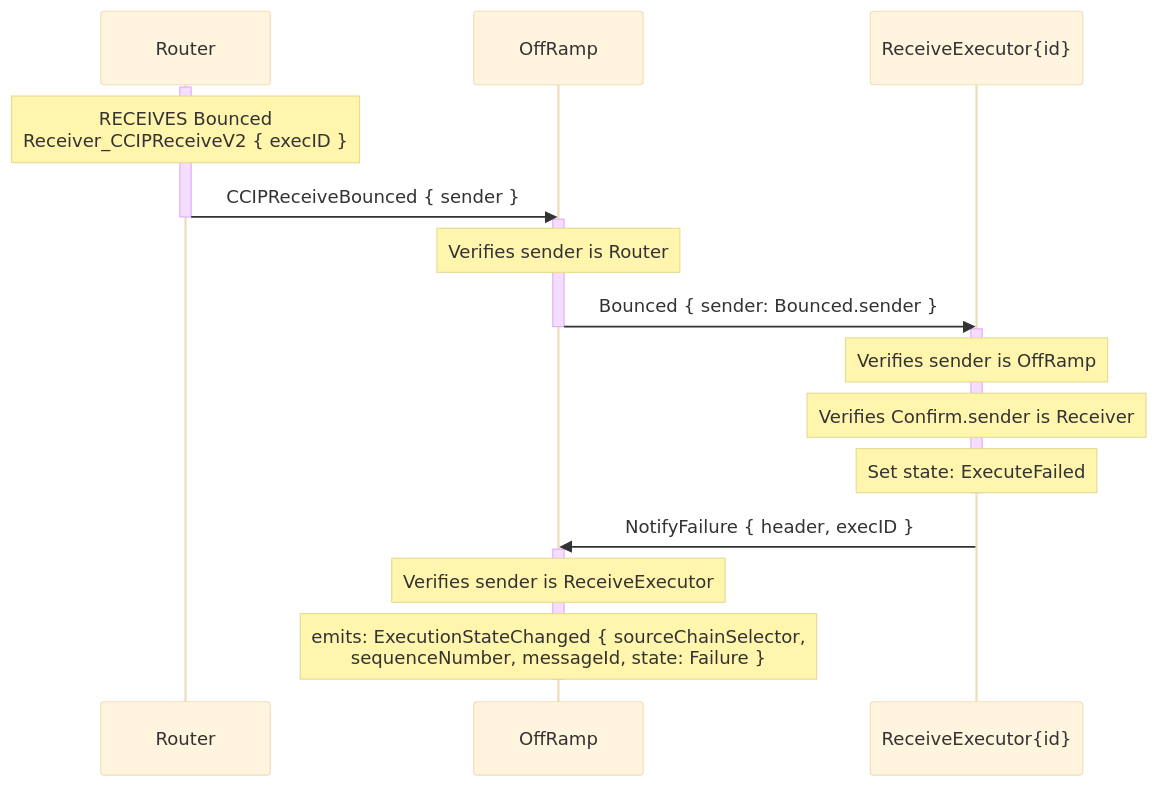
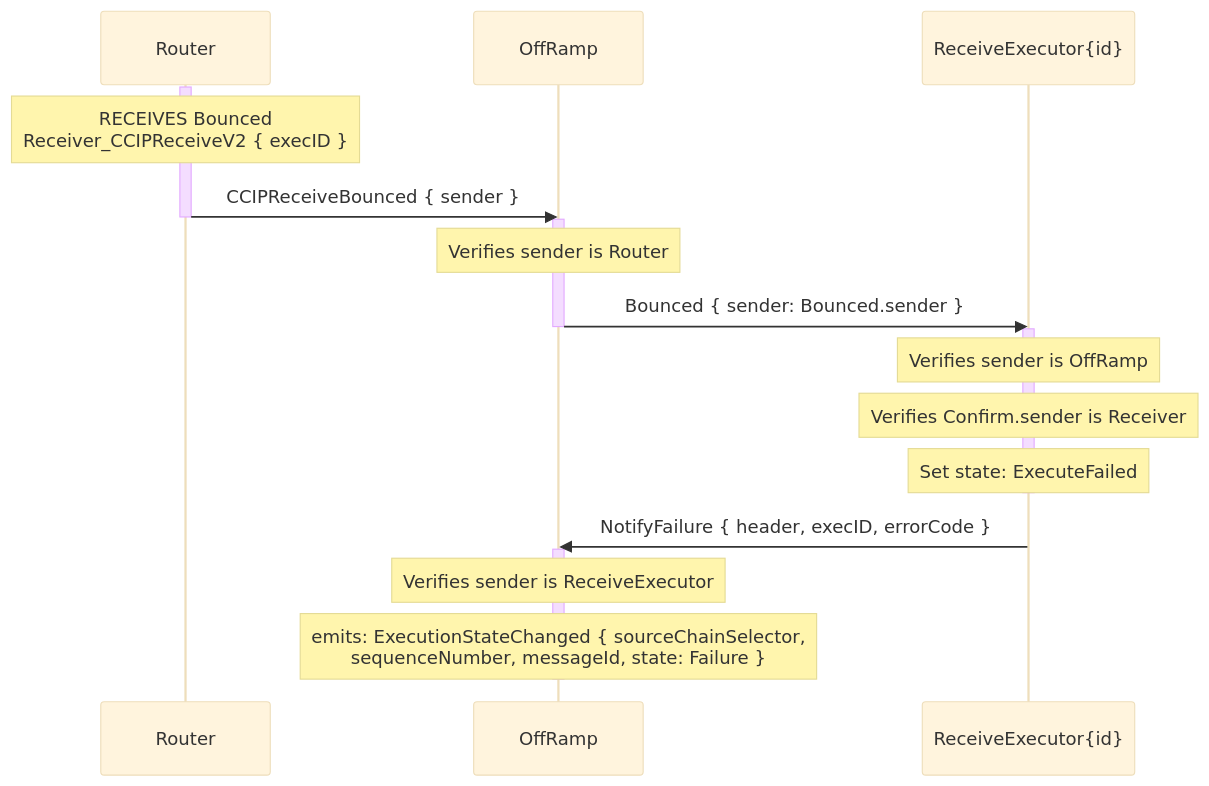
The sixth of 6 diagrams in docs/contracts/overview/ccip/offramp/arbitrary-msg.md (smartcontractkit/chainlink-ton), drawn with Mermaid (base theme) before and after one commit. The commit also changed 10 other files, not shown here.

Commit message:
fix: OffRamp_NotifyFailure was missing errorCode

````diff
--- a/docs/contracts/overview/ccip/offramp/arbitrary-msg.md
+++ b/docs/contracts/overview/ccip/offramp/arbitrary-msg.md
@@ -186,34 +186,34 @@
 ```mermaid
 sequenceDiagram
     participant R as Router
     participant OR as OffRamp
     participant RE as ReceiveExecutor{id}
 
 
     activate R
     Note over R: RECEIVES Bounced<br>Receiver_CCIPReceiveV2 { execID }
     R ->> OR: CCIPReceiveBounced { sender }
     deactivate R
 
 
 
     activate OR
     Note over OR: Verifies sender is Router
     OR ->> RE: Bounced { sender: Bounced.sender }
     deactivate OR
 
 
     activate RE
     Note over RE: Verifies sender is OffRamp
     Note over RE: Verifies Confirm.sender is Receiver
     Note over RE: Set state: ExecuteFailed
     deactivate RE
-    RE ->> OR: NotifyFailure { header, execID }
+    RE ->> OR: NotifyFailure { header, execID, errorCode }
 
 
 
     activate OR
     Note over OR: Verifies sender is ReceiveExecutor
     Note over OR: emits: ExecutionStateChanged { sourceChainSelector,<br>sequenceNumber, messageId, state: Failure }
     deactivate OR
 ```
````
